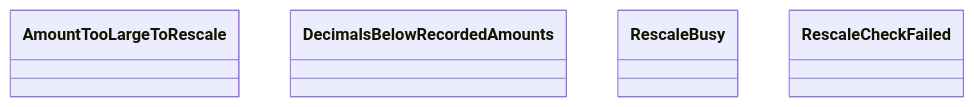
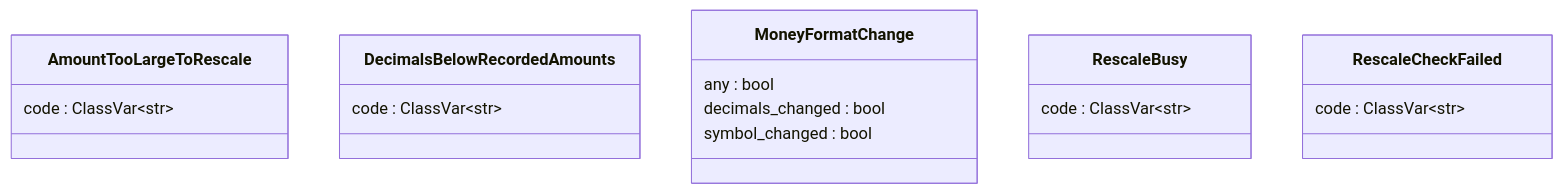
One commit to GonzaloZevallos/apostrophe changed the second of 4 diagrams in docs/architecture/generated/classes/money_format.md. Above: the diagram before and after it, drawn with Mermaid. The commit also changed other lines of this file and 12 other files, not shown here.

First line of the commit message:
Document the money format save, the raise through the rescale and the cents gap

````diff
--- a/docs/architecture/generated/classes/money_format.md
+++ b/docs/architecture/generated/classes/money_format.md
@@ -40,11 +50,20 @@
 ```mermaid
 classDiagram
   class AmountTooLargeToRescale {
+    code : ClassVar~str~
   }
   class DecimalsBelowRecordedAmounts {
+    code : ClassVar~str~
+  }
+  class MoneyFormatChange {
+    any : bool
+    decimals_changed : bool
+    symbol_changed : bool
   }
   class RescaleBusy {
+    code : ClassVar~str~
   }
   class RescaleCheckFailed {
+    code : ClassVar~str~
   }
 ```
````
